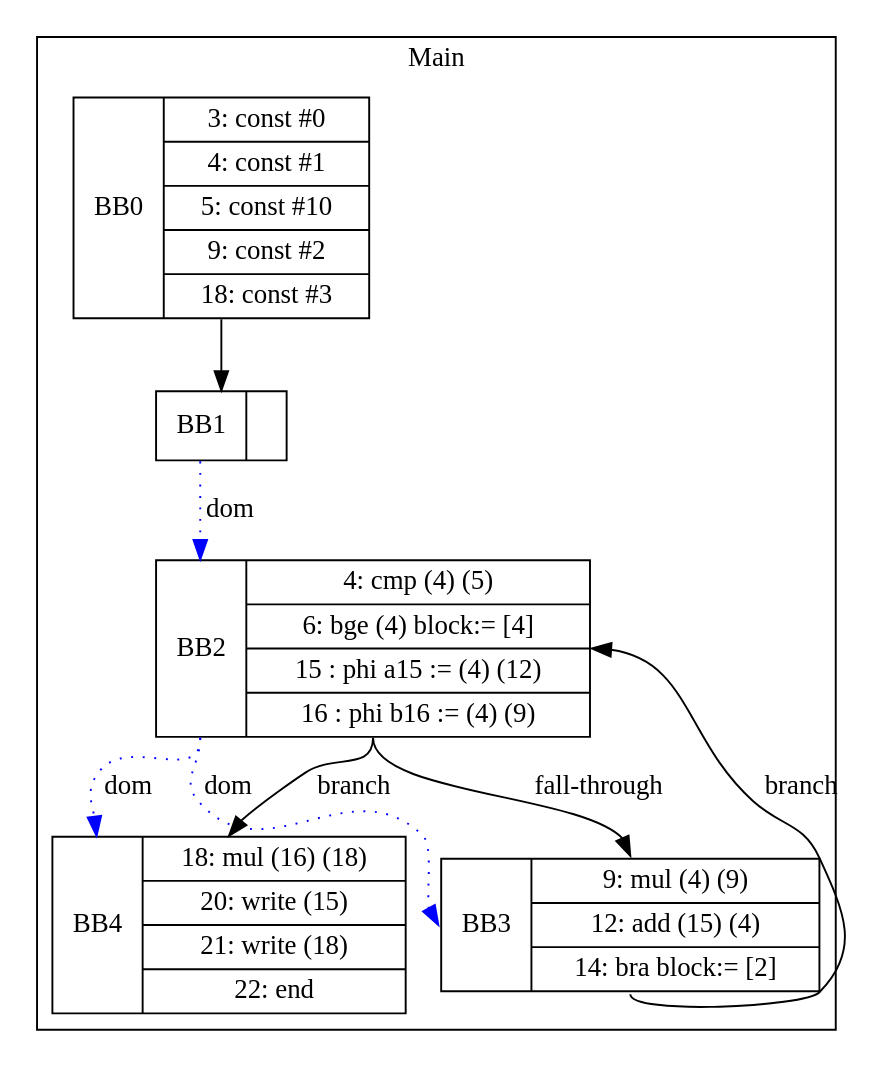
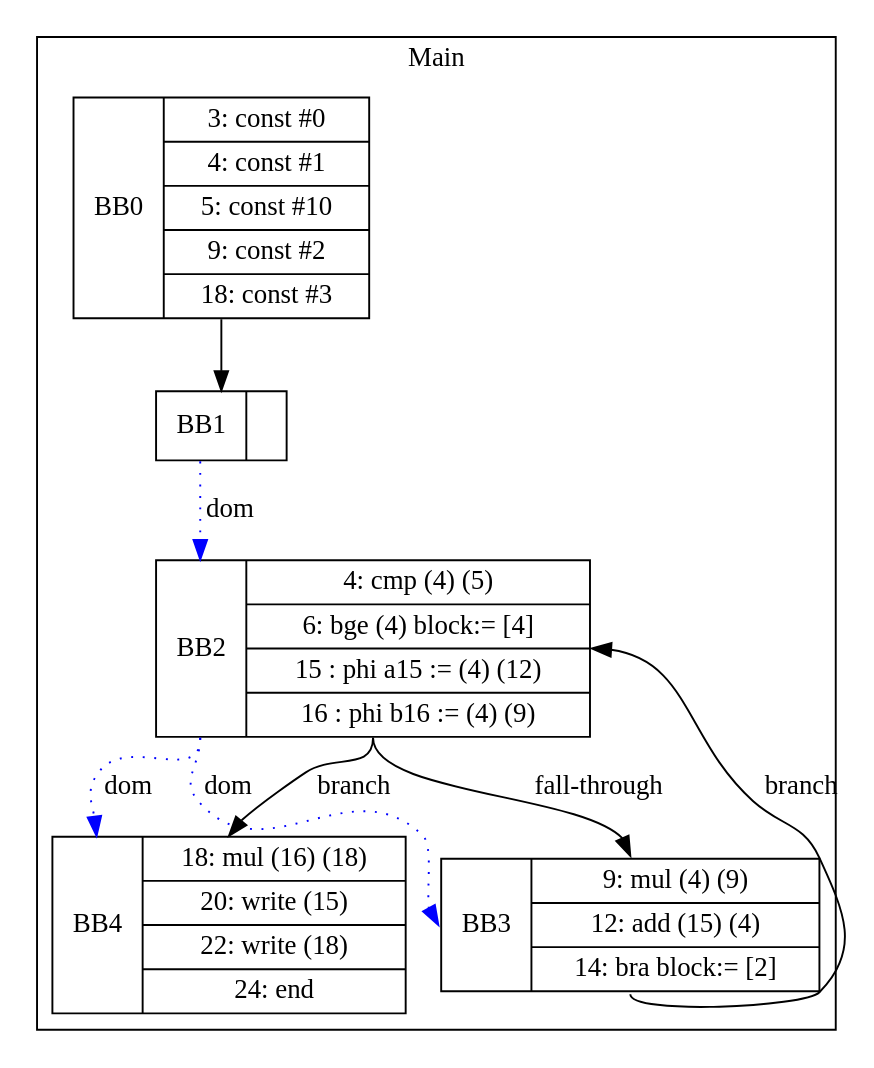
One commit to zjc664656505/UCI-CS241-Advanced-Compiler-main changed the diagram in visualization/phillip/simple/loop.gv. Above: the diagram before and after it, drawn with Graphviz. The commit also changed 55 other files, not shown here.

```diff
--- a/visualization/phillip/simple/loop.gv
+++ b/visualization/phillip/simple/loop.gv
@@ -1,18 +1,18 @@
 digraph G {
 node [shape=record];
 subgraph cluster_main{
 label = "Main";
 BB0 [shape=record, label="<b>BB0|{3: const #0|4: const #1|5: const #10|9: const #2|18: const #3}"];
 BB1 [shape=record, label="<b>BB1|}"];
 BB2 [shape=record, label="<b>BB2|{4: cmp (4) (5)|6: bge (4) block:= [4]|15 : phi a15 := (4) (12)|16 : phi b16 := (4) (9)}"];
 BB3 [shape=record, label="<b>BB3|{9: mul (4) (9)|12: add (15) (4)|14: bra block:= [2]}"];
-BB4 [shape=record, label="<b>BB4|{18: mul (16) (18)|20: write (15)|21: write (18)|22: end}"];
+BB4 [shape=record, label="<b>BB4|{18: mul (16) (18)|20: write (15)|22: write (18)|24: end}"];
 }
 BB0:s -> BB1:n ;
 BB2:b -> BB3:b [color=blue, style=dotted, label="dom"];
 BB2:b -> BB4:b [color=blue, style=dotted, label="dom"];
 BB1:b -> BB2:b [color=blue, style=dotted, label="dom"];
 BB2:s -> BB4:n [label="branch"];
 BB3:s -> BB2:e [label="branch"];
 BB2:s -> BB3:n [label="fall-through"];
 }
```
